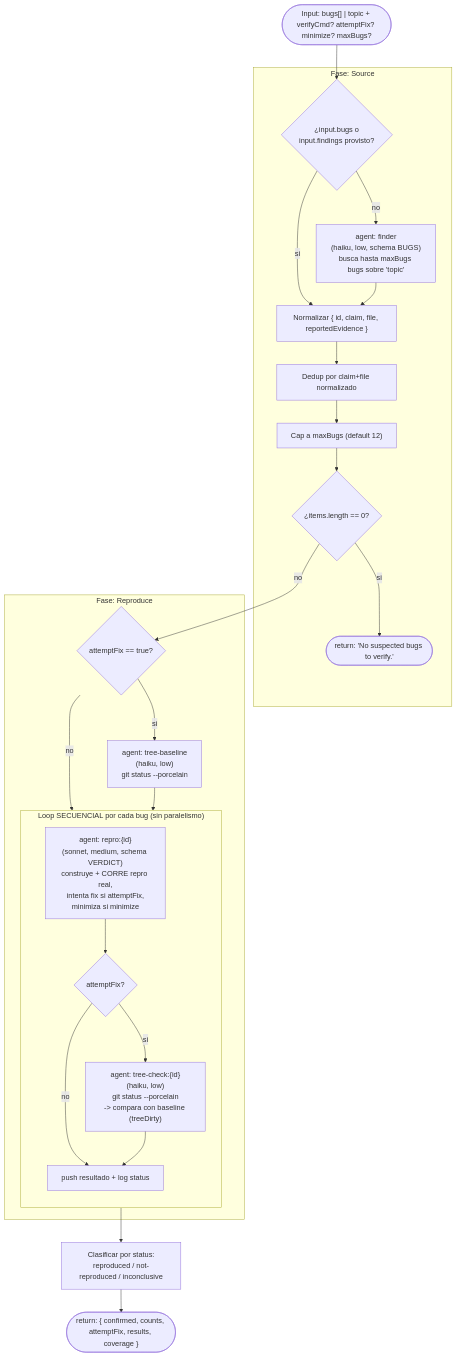
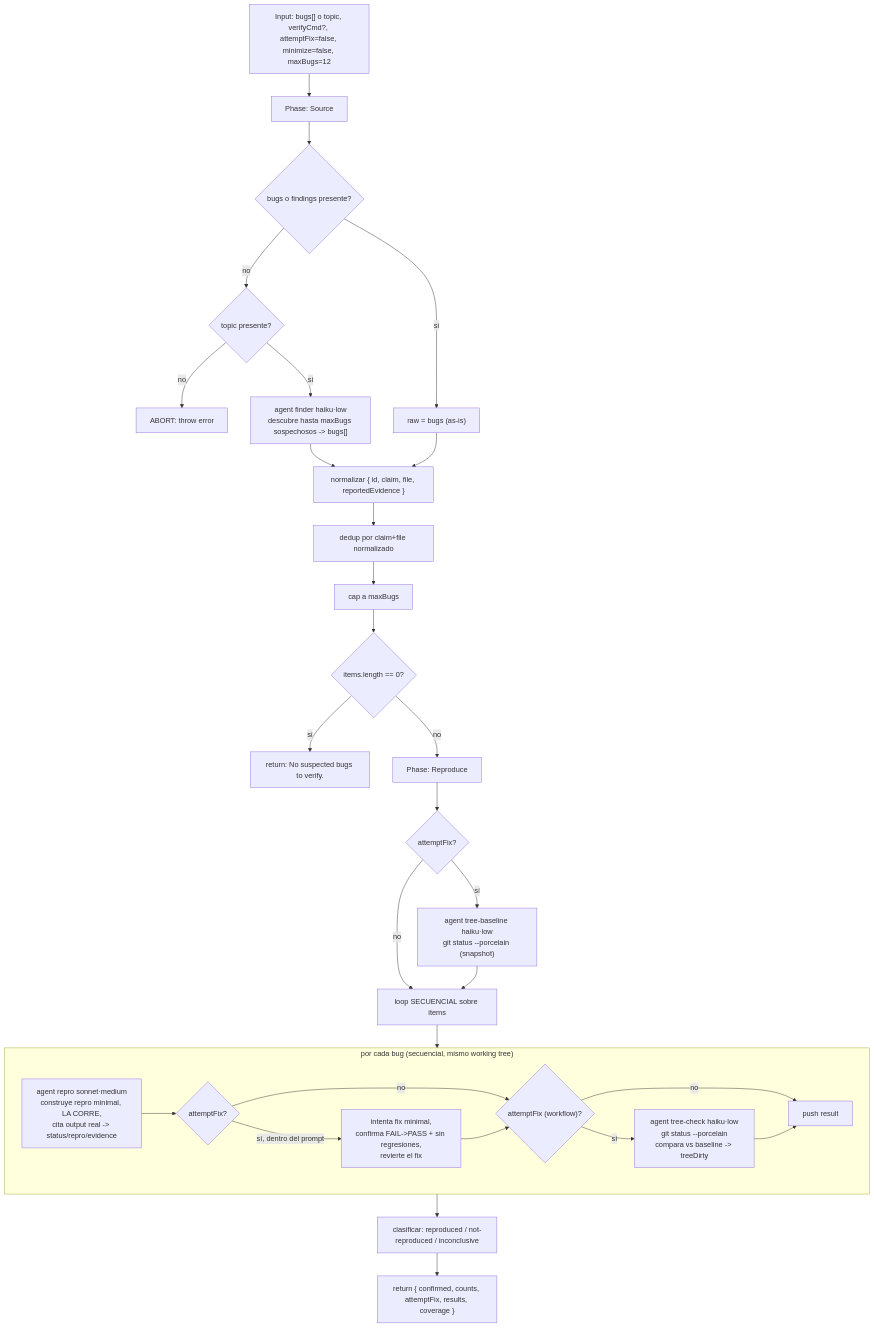
Before and after one commit to andrestobelem/pandi-extensions: the diagram in docs/scaffolds/bug-verify.md, drawn with Mermaid. The commit also changed other lines of this file and 43 other files, not shown here.

````diff
--- a/docs/scaffolds/bug-verify.md
+++ b/docs/scaffolds/bug-verify.md
@@ -36,36 +26,37 @@
 ```mermaid
 flowchart TD
-    Start(["Input: bugs[] | topic + verifyCmd? attemptFix? minimize? maxBugs?"]) --> HasBugs{"¿input.bugs o\ninput.findings provisto?"}
+    A["Input: bugs[] o topic, verifyCmd?, attemptFix=false, minimize=false, maxBugs=12"] --> B["Phase: Source"]
 
-    subgraph Source["Fase: Source"]
-        HasBugs -- "no" --> Finder["agent: finder\n(haiku, low, schema BUGS)\nbusca hasta maxBugs bugs sobre 'topic'"]
-        HasBugs -- "si" --> Norm["Normalizar { id, claim, file, reportedEvidence }"]
-        Finder --> Norm
-        Norm --> Dedup["Dedup por claim+file normalizado"]
-        Dedup --> Cap["Cap a maxBugs (default 12)"]
-        Cap --> Empty{"¿items.length == 0?"}
-        Empty -- "si" --> End0(["return: 'No suspected bugs to verify.'"])
+    B --> C{"bugs o findings presente?"}
+    C -->|"no"| D{"topic presente?"}
+    D -->|"no"| D1["ABORT: throw error"]
+    D -->|"sí"| E["agent finder haiku·low\ndescubre hasta maxBugs sospechosos -> bugs[]"]
+    C -->|"sí"| F["raw = bugs (as-is)"]
+    E --> G
+    F --> G["normalizar { id, claim, file, reportedEvidence }"]
+
+    G --> H["dedup por claim+file normalizado"]
+    H --> I["cap a maxBugs"]
+    I --> J{"items.length == 0?"}
+    J -->|"sí"| J1["return: No suspected bugs to verify."]
+    J -->|"no"| K["Phase: Reproduce"]
+
+    K --> L{"attemptFix?"}
+    L -->|"sí"| M["agent tree-baseline haiku·low\ngit status --porcelain (snapshot)"]
+    L -->|"no"| N["loop SECUENCIAL sobre items"]
+    M --> N
+
+    subgraph LOOP["por cada bug (secuencial, mismo working tree)"]
+        R1["agent repro sonnet·medium\nconstruye repro minimal, LA CORRE,\ncita output real -> status/repro/evidence"]
+        R1 --> R2{"attemptFix?"}
+        R2 -->|"sí, dentro del prompt"| R2a["intenta fix minimal,\nconfirma FAIL->PASS + sin regresiones,\nrevierte el fix"]
+        R2 -->|"no"| R3
+        R2a --> R3{"attemptFix (workflow)?"}
+        R3 -->|"sí"| R4["agent tree-check haiku·low\ngit status --porcelain\ncompara vs baseline -> treeDirty"]
+        R3 -->|"no"| R5["push result"]
+        R4 --> R5
     end
-
-    Empty -- "no" --> AttemptFix{"attemptFix == true?"}
-
-    subgraph Reproduce["Fase: Reproduce"]
-        AttemptFix -- "si" --> Baseline["agent: tree-baseline\n(haiku, low)\ngit status --porcelain"]
-        AttemptFix -- "no" --> Loop
-        Baseline --> Loop
-
-        subgraph Loop["Loop SECUENCIAL por cada bug (sin paralelismo)"]
-            direction TB
-            Repro["agent: repro:{id}\n(sonnet, medium, schema VERDICT)\nconstruye + CORRE repro real,\nintenta fix si attemptFix,\nminimiza si minimize"]
-            TreeCheck{"attemptFix?"}
-            Check["agent: tree-check:{id}\n(haiku, low)\ngit status --porcelain\n-> compara con baseline (treeDirty)"]
-            Repro --> TreeCheck
-            TreeCheck -- "si" --> Check
-            TreeCheck -- "no" --> Record["push resultado + log status"]
-            Check --> Record
-        end
-    end
-
-    Record --> Classify["Clasificar por status:\nreproduced / not-reproduced / inconclusive"]
-    Classify --> Out(["return: { confirmed, counts, attemptFix, results, coverage }"])
+    N --> LOOP
+    LOOP --> O["clasificar: reproduced / not-reproduced / inconclusive"]
+    O --> P["return { confirmed, counts, attemptFix, results, coverage }"]
 ```
````
